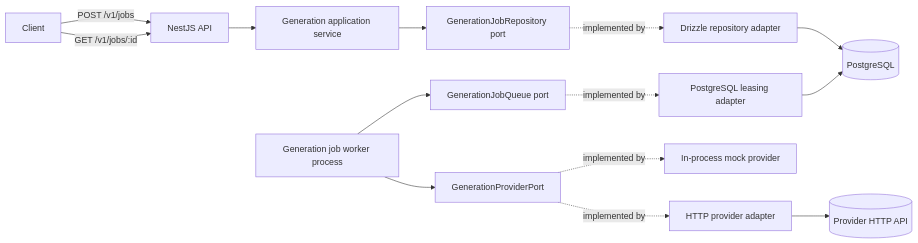
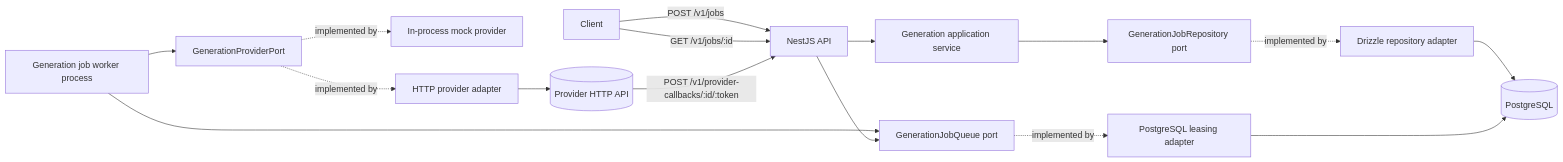
One commit to hyojii00/afds-generation-platform changed the diagram in docs/architecture/system.md. Above: the diagram before and after it, drawn with Mermaid. The commit also changed other lines of this file and 35 other files, not shown here.

````diff
--- a/docs/architecture/system.md
+++ b/docs/architecture/system.md
@@ -5,16 +5,18 @@
 ```mermaid
 flowchart LR
   Client -->|POST /v1/jobs| API[NestJS API]
   Client -->|GET /v1/jobs/:id| API
   API --> Application[Generation application service]
   Application --> Repository[GenerationJobRepository port]
   Repository -. implemented by .-> Adapter[Drizzle repository adapter]
   Adapter --> PostgreSQL[(PostgreSQL)]
   Worker[Generation job worker process] --> Queue[GenerationJobQueue port]
   Queue -. implemented by .-> Leasing[PostgreSQL leasing adapter]
   Leasing --> PostgreSQL
   Worker --> Port[GenerationProviderPort]
   Port -. implemented by .-> Mock[In-process mock provider]
   Port -. implemented by .-> Http[HTTP provider adapter]
   Http --> External[(Provider HTTP API)]
+  External -->|POST /v1/provider-callbacks/:id/:token| API
+  API --> Queue
 ```
````
